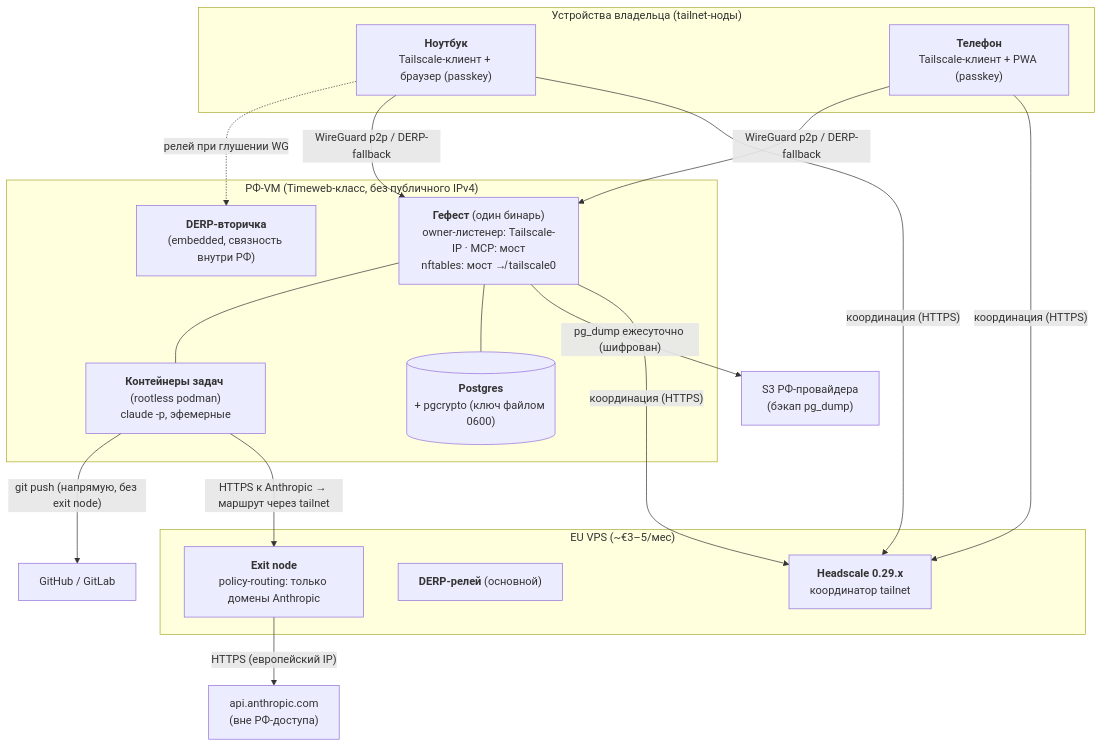
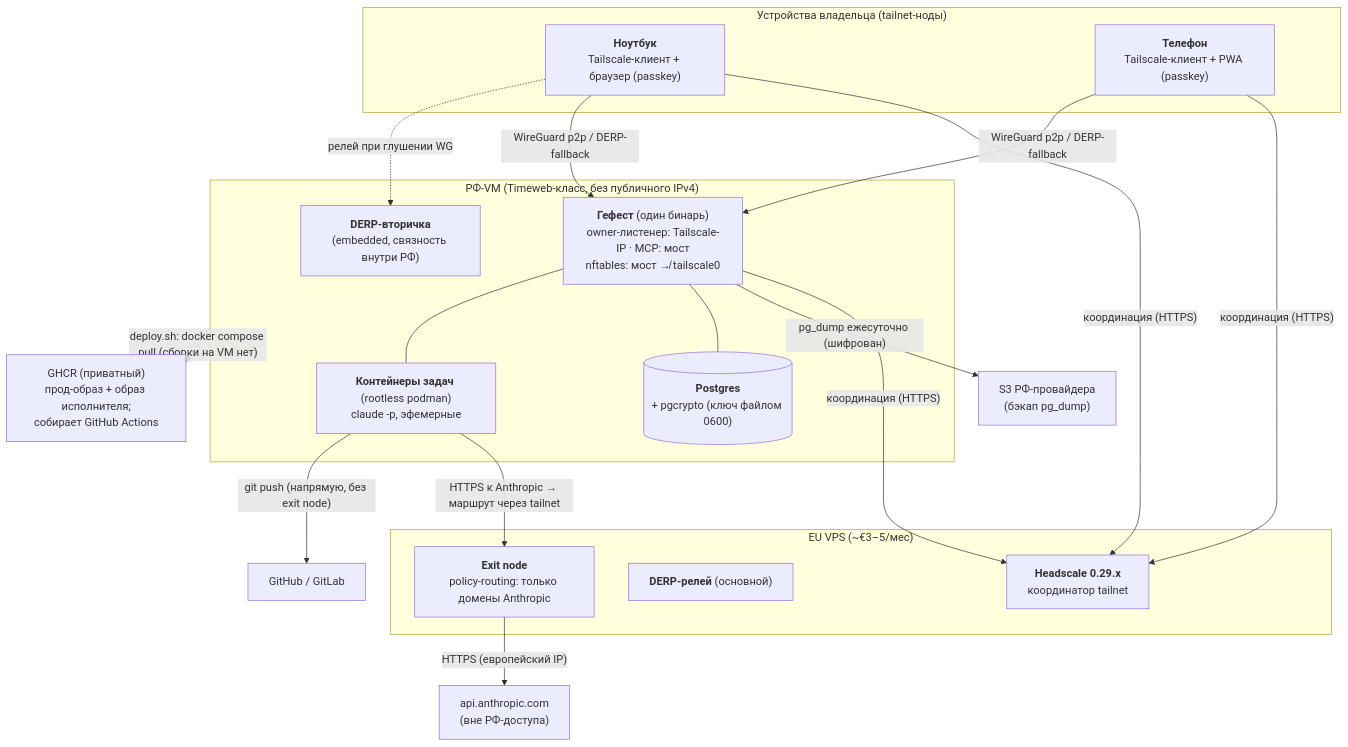
One commit to IgorKramar/gefest changed the diagram in docs/architecture/diagrams/deployment-perimetr.md. Above: the diagram before and after it, drawn with Mermaid. The commit also changed other lines of this file and 5 other files, not shown here.

Commit message:
docs: диаграммы под ADR-0011…0014 — c4-context и c4-component добавлены; deployment (GHCR), container (чат/документы), ER (волна 2) обновлены

````diff
--- a/docs/architecture/diagrams/deployment-perimetr.md
+++ b/docs/architecture/diagrams/deployment-perimetr.md
@@ -5,37 +5,39 @@
 ```mermaid
 graph TB
     subgraph OwnerDev["Устройства владельца (tailnet-ноды)"]
         Laptop["<b>Ноутбук</b><br/>Tailscale-клиент + браузер (passkey)"]
         Phone["<b>Телефон</b><br/>Tailscale-клиент + PWA (passkey)"]
     end
 
     subgraph EU["EU VPS (~€3–5/мес)"]
         HS["<b>Headscale 0.29.x</b><br/>координатор tailnet"]
         DERP1["<b>DERP-релей</b> (основной)"]
         Exit["<b>Exit node</b><br/>policy-routing: только домены Anthropic"]
     end
 
     subgraph RF["РФ-VM (Timeweb-класс, без публичного IPv4)"]
         Bin["<b>Гефест</b> (один бинарь)<br/>owner-листенер: Tailscale-IP · MCP: мост<br/>nftables: мост ↛ tailscale0"]
         PG[("<b>Postgres</b><br/>+ pgcrypto (ключ файлом 0600)")]
         Cont["<b>Контейнеры задач</b> (rootless podman)<br/>claude -p, эфемерные"]
         DERP2["<b>DERP-вторичка</b><br/>(embedded, связность внутри РФ)"]
     end
 
     Anthropic["api.anthropic.com<br/>(вне РФ-доступа)"]
     Git["GitHub / GitLab"]
+    GHCR["GHCR (приватный)<br/>прод-образ + образ исполнителя;<br/>собирает GitHub Actions"]
     S3["S3 РФ-провайдера<br/>(бэкап pg_dump)"]
 
     Laptop -- "координация (HTTPS)" --> HS
     Phone -- "координация (HTTPS)" --> HS
     Bin -- "координация (HTTPS)" --> HS
     Laptop -- "WireGuard p2p / DERP-fallback" --> Bin
     Phone -- "WireGuard p2p / DERP-fallback" --> Bin
     Laptop -. "релей при глушении WG" .-> DERP2
     Cont -- "HTTPS к Anthropic → маршрут через tailnet" --> Exit
     Exit -- "HTTPS (европейский IP)" --> Anthropic
     Cont -- "git push (напрямую, без exit node)" --> Git
     Bin -- "pg_dump ежесуточно (шифрован)" --> S3
+    RF -- "deploy.sh: docker compose pull (сборки на VM нет)" --> GHCR
     Bin --- PG
     Bin --- Cont
 ```
````
